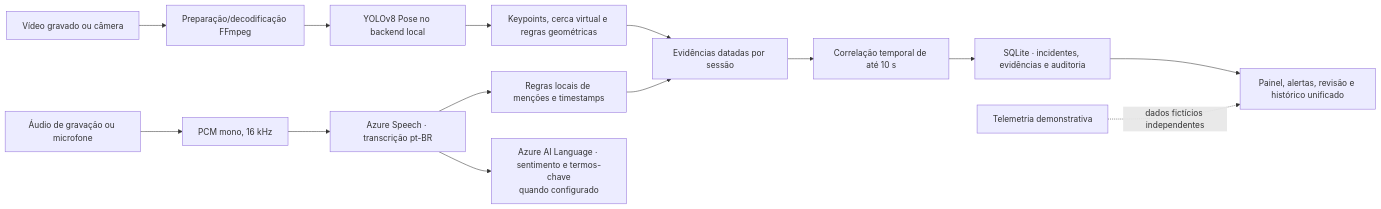
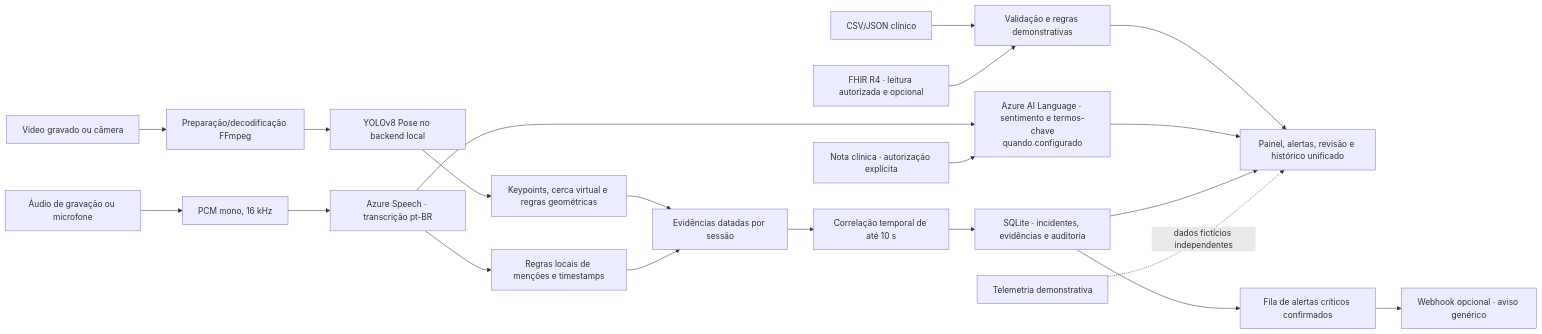
The diagram in docs/relatorio-tecnico-multimodal.md (Etyonamine/Fiap_Pos_9AIDT_Fase_04_Monitoramento_multimodal_pacientes), drawn with Mermaid before and after one commit. The commit also changed other lines of this file and 50 other files, not shown here.

````diff
--- a/docs/relatorio-tecnico-multimodal.md
+++ b/docs/relatorio-tecnico-multimodal.md
@@ -11,16 +11,23 @@
 ```mermaid
 flowchart LR
     V["Vídeo gravado ou câmera"] --> VC["Preparação/decodificação FFmpeg"]
     VC --> VP["YOLOv8 Pose no backend local"]
     VP --> VR["Keypoints, cerca virtual e regras geométricas"]
     A["Áudio de gravação ou microfone"] --> AC["PCM mono, 16 kHz"]
     AC --> STT["Azure Speech · transcrição pt-BR"]
     STT --> AR["Regras locais de menções e timestamps"]
     STT --> LA["Azure AI Language · sentimento e termos-chave<br/>quando configurado"]
+    C["CSV/JSON clínico"] --> CR["Validação e regras demonstrativas"]
+    F["FHIR R4 · leitura autorizada e opcional"] --> CR
+    N["Nota clínica · autorização explícita"] --> LA
+    CR --> UI
+    LA --> UI
     VR --> EV["Evidências datadas por sessão"]
     AR --> EV
     EV --> COR["Correlação temporal de até 10 s"]
     COR --> DB["SQLite · incidentes, evidências e auditoria"]
     DB --> UI["Painel, alertas, revisão e histórico unificado"]
+    DB --> Q["Fila de alertas críticos confirmados"]
+    Q --> W["Webhook opcional · aviso genérico"]
     X["Telemetria demonstrativa"] -. "dados fictícios independentes" .-> UI
 ```
````
